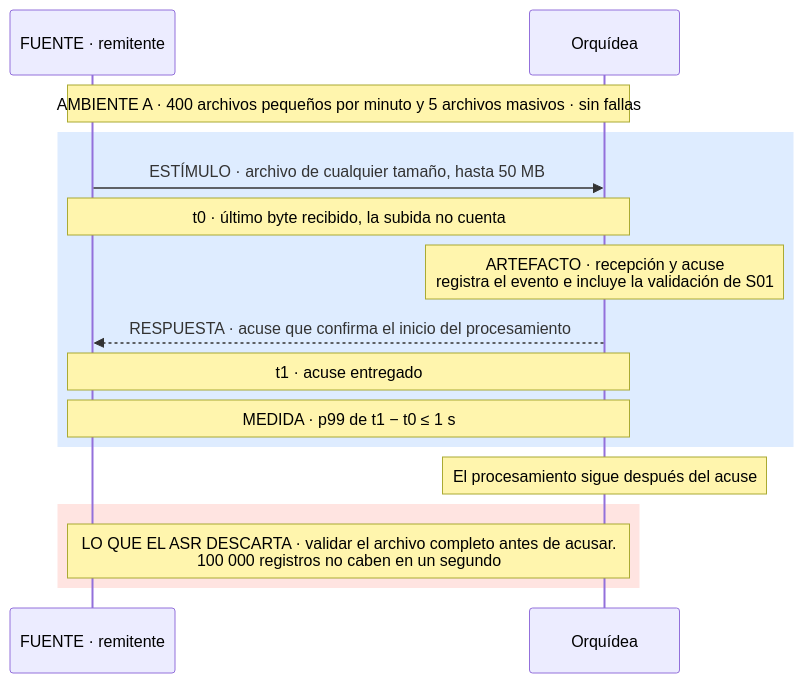
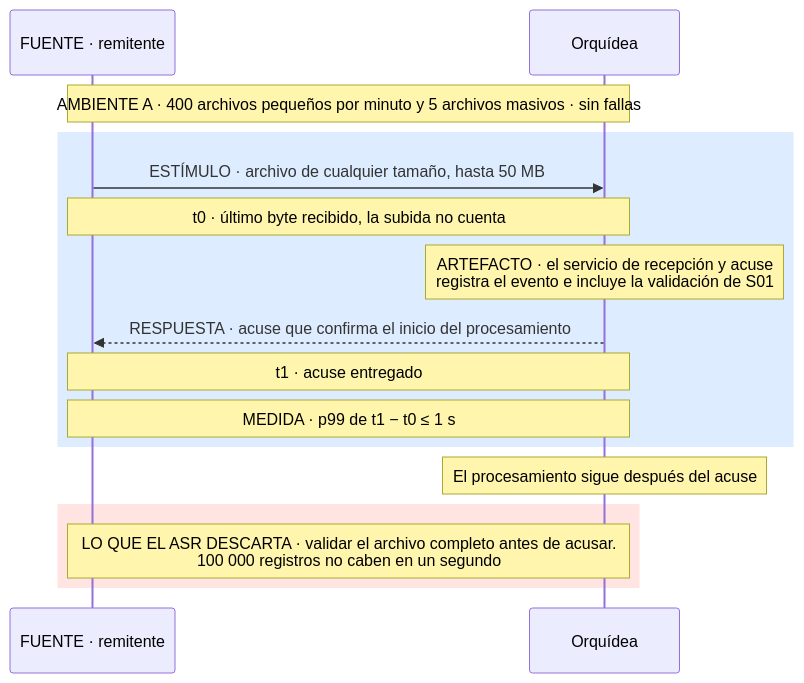
One commit to MATI-MBIT/arqsoft-reto-4 changed the ninth of 17 diagrams in docs/quality-attributes.md. Above: the diagram before and after it, drawn with Mermaid. The commit also changed other lines of this file and 3 other files, not shown here.

````diff
--- a/docs/quality-attributes.md
+++ b/docs/quality-attributes.md
@@ -470,18 +470,18 @@
 ```mermaid
 sequenceDiagram
     participant R as FUENTE · remitente
     participant O as Orquídea
     Note over R,O: AMBIENTE A · 400 archivos pequeños por minuto y 5 archivos masivos · sin fallas
     rect rgb(222, 236, 255)
     R->>O: ESTÍMULO · archivo de cualquier tamaño, hasta 50 MB
     Note over R,O: t0 · último byte recibido, la subida no cuenta
-    Note over O: ARTEFACTO · recepción y acuse<br/>registra el evento e incluye la validación de S01
+    Note over O: ARTEFACTO · el servicio de recepción y acuse<br/>registra el evento e incluye la validación de S01
     O-->>R: RESPUESTA · acuse que confirma el inicio del procesamiento
     Note over R,O: t1 · acuse entregado
     Note over R,O: MEDIDA · p99 de t1 − t0 ≤ 1 s
     end
     Note over O: El procesamiento sigue después del acuse
     rect rgb(255, 228, 225)
     Note over R,O: LO QUE EL ASR DESCARTA · validar el archivo completo antes de acusar.<br/>100 000 registros no caben en un segundo
     end
 ```
````
